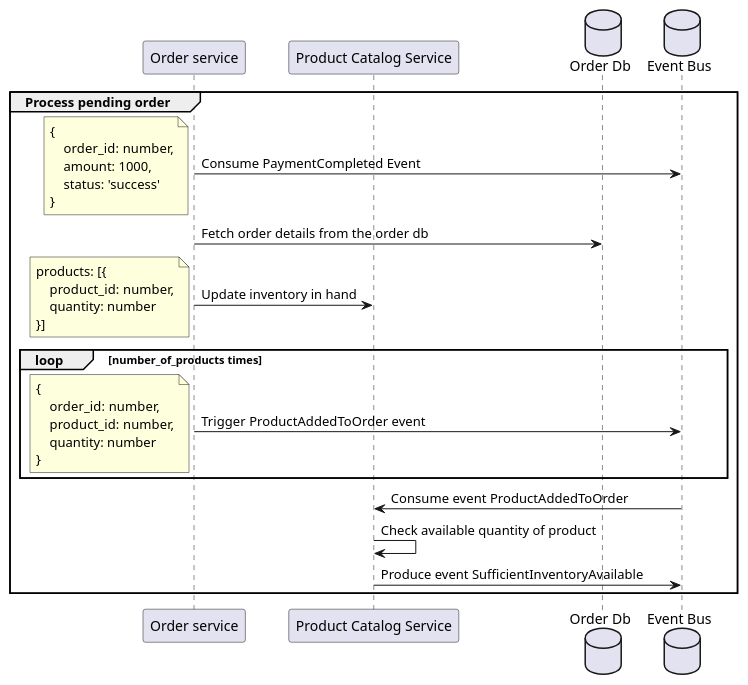
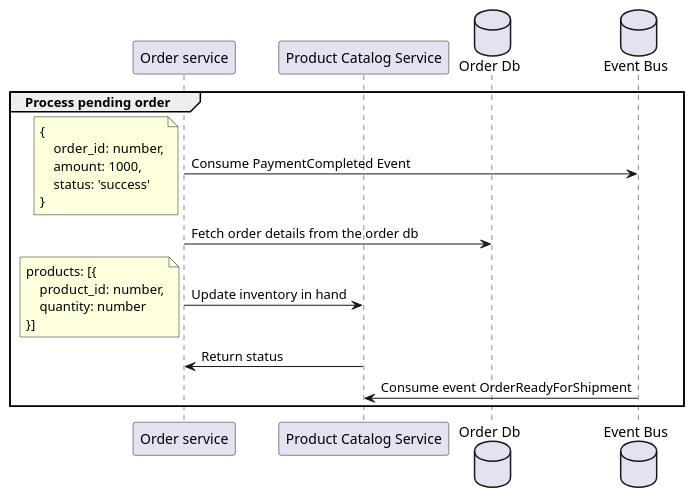
Before and after one commit to pragashonlink/saas-shop-architecture: the diagram in sequence-diagram/order.puml, drawn with PlantUML. The commit also changed 8 other files, not shown here.

Commit message:
include sequence diagrams

```diff
--- a/sequence-diagram/order.puml
+++ b/sequence-diagram/order.puml
@@ -1,46 +1,34 @@
 @startuml
 'https://plantuml.com/sequence-diagram
 
 participant "Order service" as order
 participant "Product Catalog Service" as product
 database "Order Db" as orderDb
 database "Event Bus" as kafka
 
 group Process pending order
 
     order -> kafka : Consume PaymentCompleted Event
     note left
         {
             order_id: number,
             amount: 1000,
             status: 'success'
         }
     end note
     order -> orderDb : Fetch order details from the order db
 
     order -> product : Update inventory in hand
     note left
         products: [{
             product_id: number,
             quantity: number
         }]
     end note
 
-    loop number_of_products times
-        order -> kafka : Trigger ProductAddedToOrder event
-        note left
-            {
-                order_id: number,
-                product_id: number,
-                quantity: number
-            }
-        end note
-    end
+    product -> order : Return status
 
-    kafka -> product : Consume event ProductAddedToOrder
-    product -> product : Check available quantity of product
-    product -> kafka : Produce event SufficientInventoryAvailable
-
+    kafka -> product : Consume event OrderReadyForShipment
 end
 
 @enduml
```
